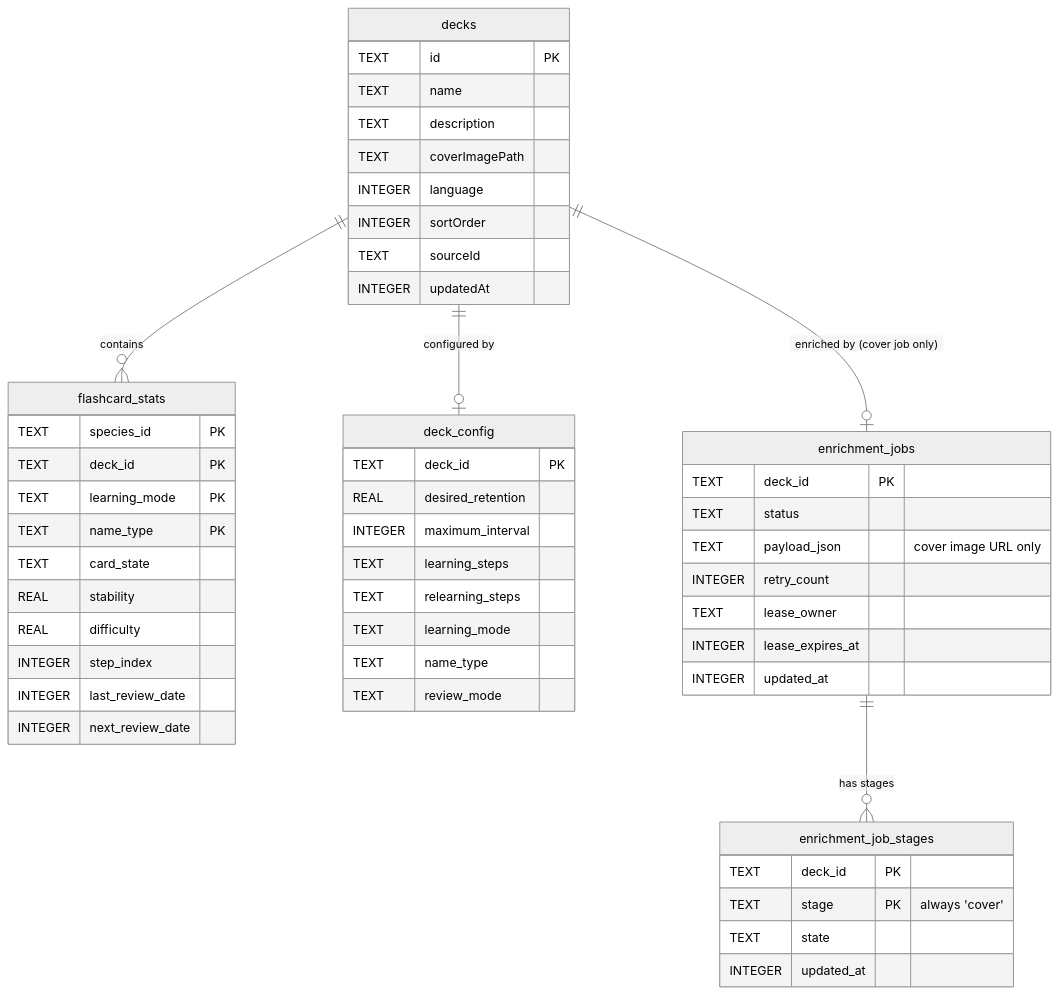
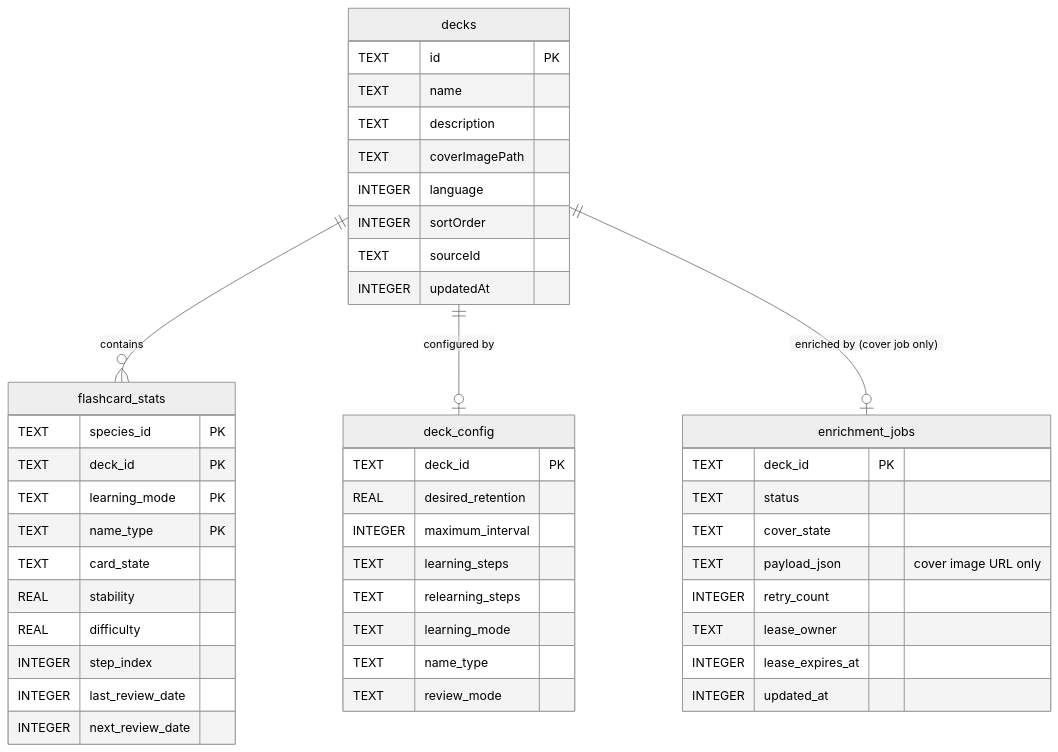
One commit to discere-app/discere changed the diagram in docs/architecture-overview.md. Above: the diagram before and after it, drawn with Mermaid (neutral theme). The commit also changed other lines of this file, not shown here.

Commit message:
Schema-Diagramm: enrichment_job_stages ist in cover_state aufgegangen

````diff
--- a/docs/architecture-overview.md
+++ b/docs/architecture-overview.md
@@ -202,59 +202,52 @@
 ```mermaid
 erDiagram
     decks {
         TEXT id PK
         TEXT name
         TEXT description
         TEXT coverImagePath
         INTEGER language
         INTEGER sortOrder
         TEXT sourceId
         INTEGER updatedAt
     }
 
     flashcard_stats {
         TEXT species_id PK
         TEXT deck_id PK
         TEXT learning_mode PK
         TEXT name_type PK
         TEXT card_state
         REAL stability
         REAL difficulty
         INTEGER step_index
         INTEGER last_review_date
         INTEGER next_review_date
     }
 
     deck_config {
         TEXT deck_id PK
         REAL desired_retention
         INTEGER maximum_interval
         TEXT learning_steps
         TEXT relearning_steps
         TEXT learning_mode
         TEXT name_type
         TEXT review_mode
     }
 
     enrichment_jobs {
         TEXT deck_id PK
         TEXT status
+        TEXT cover_state
         TEXT payload_json "cover image URL only"
         INTEGER retry_count
         TEXT lease_owner
         INTEGER lease_expires_at
         INTEGER updated_at
     }
 
-    enrichment_job_stages {
-        TEXT deck_id PK
-        TEXT stage PK "always 'cover'"
-        TEXT state
-        INTEGER updated_at
-    }
-
     decks ||--o{ flashcard_stats : "contains"
     decks ||--o| deck_config : "configured by"
     decks ||--o| enrichment_jobs : "enriched by (cover job only)"
-    enrichment_jobs ||--o{ enrichment_job_stages : "has stages"
 ```
````
